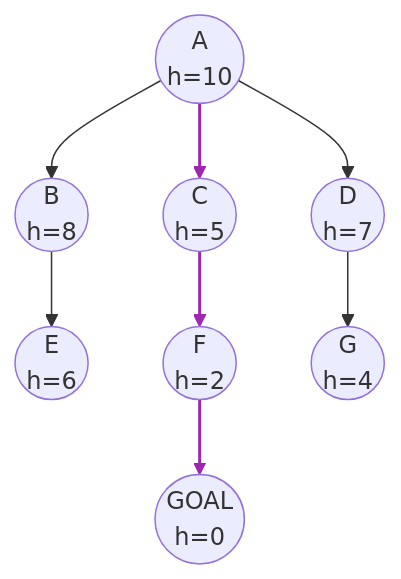
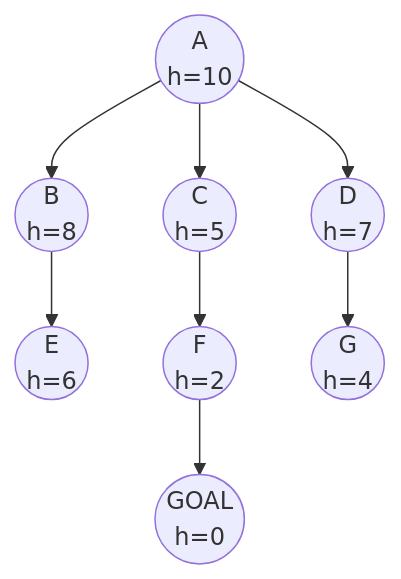
One commit to antonprafanto/dasarAI2026 changed the eighth of 12 diagrams in bab-04-pencarian.md. Above: the diagram before and after it, drawn with Mermaid. The commit also changed other lines of this file and 2 other files, not shown here.

Commit message:
Fix: Remove linkStyle commands that cause Mermaid render errors

````diff
--- a/bab-04-pencarian.md
+++ b/bab-04-pencarian.md
@@ -465,16 +453,12 @@
 ```mermaid
 graph TD
     A((A<br/>h=10)) --> B((B<br/>h=8))
     A --> C((C<br/>h=5))
     A --> D((D<br/>h=7))
 
     B --> E((E<br/>h=6))
     C --> F((F<br/>h=2))
     D --> G((G<br/>h=4))
 
     F --> Goal((GOAL<br/>h=0))
-
-    linkStyle 1 stroke:#9c27b0,stroke-width:2px;
-    linkStyle 4 stroke:#9c27b0,stroke-width:2px;
-    linkStyle 6 stroke:#9c27b0,stroke-width:2px;
 ```
````
